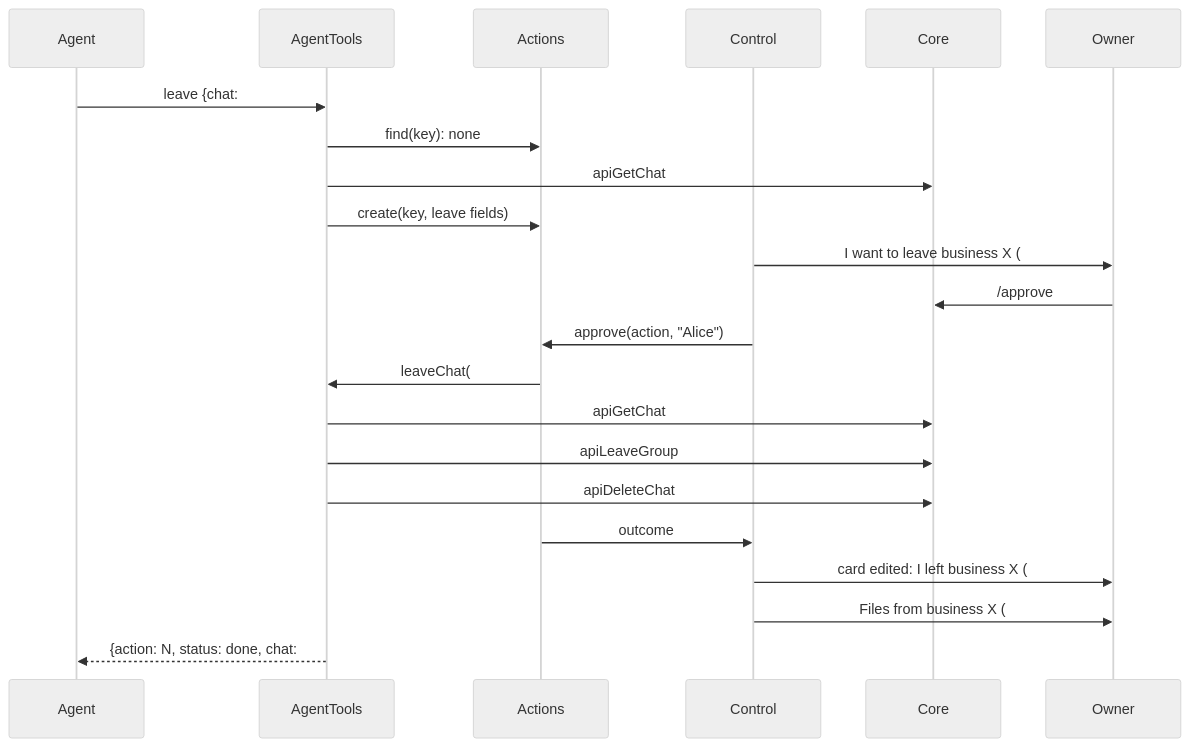
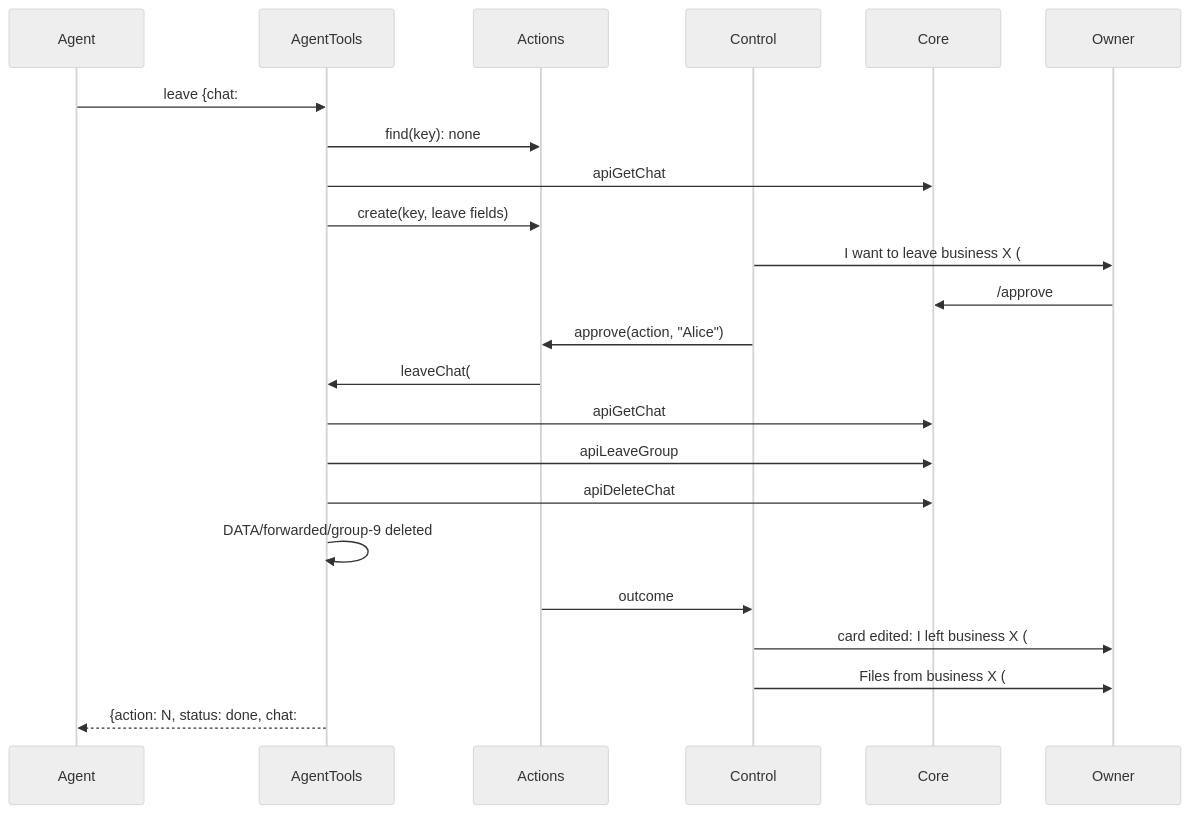
Before and after one commit to simplex-chat/simplex-chat: the seventh of 16 diagrams in packages/simplex-chat-mcp/spec/flows.md, drawn with Mermaid (neutral theme). The commit also changed other lines of this file and 3 other files, not shown here.

````diff
--- a/packages/simplex-chat-mcp/spec/flows.md
+++ b/packages/simplex-chat-mcp/spec/flows.md
@@ -333,24 +333,25 @@
 ```mermaid
 sequenceDiagram
   participant A as Agent
   participant T as AgentTools
   participant X as Actions
   participant K as Control
   participant C as Core
   participant O as Owner
   A->>T: leave {chat: #9}
   T->>X: find(key): none
   T->>C: apiGetChat #9 count 0
   T->>X: create(key, leave fields)
   K->>O: I want to leave business X (#9). /'approve #9 N' or /'reject #9 N'
   O->>C: /approve #9 N
   K->>X: approve(action, "Alice")
   X->>T: leaveChat(#9)
   T->>C: apiGetChat #9 count 0
   T->>C: apiLeaveGroup #9 (membership current or pending)
   T->>C: apiDeleteChat #9 full, notify
+  T->>T: DATA/forwarded/group-9 deleted
   X->>K: outcome
   K->>O: card edited: I left business X (#9). Approved by Alice.
   K->>O: Files from business X (#9) are kept in `DATA/files/group-9`: K files, SIZE. /'delete #9 files' (when the folder has files)
   T-->>A: {action: N, status: done, chat: #9}
 ```
````
